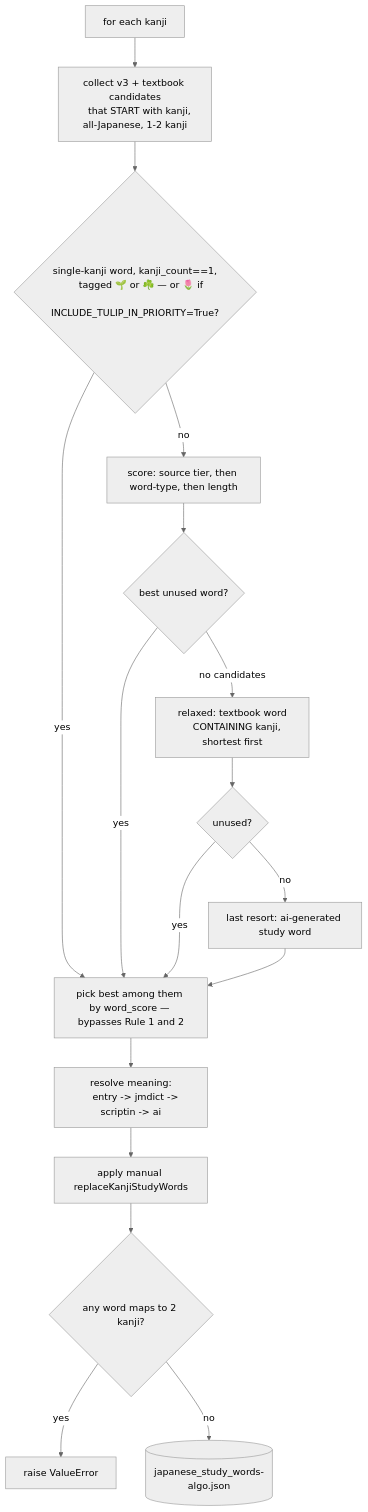
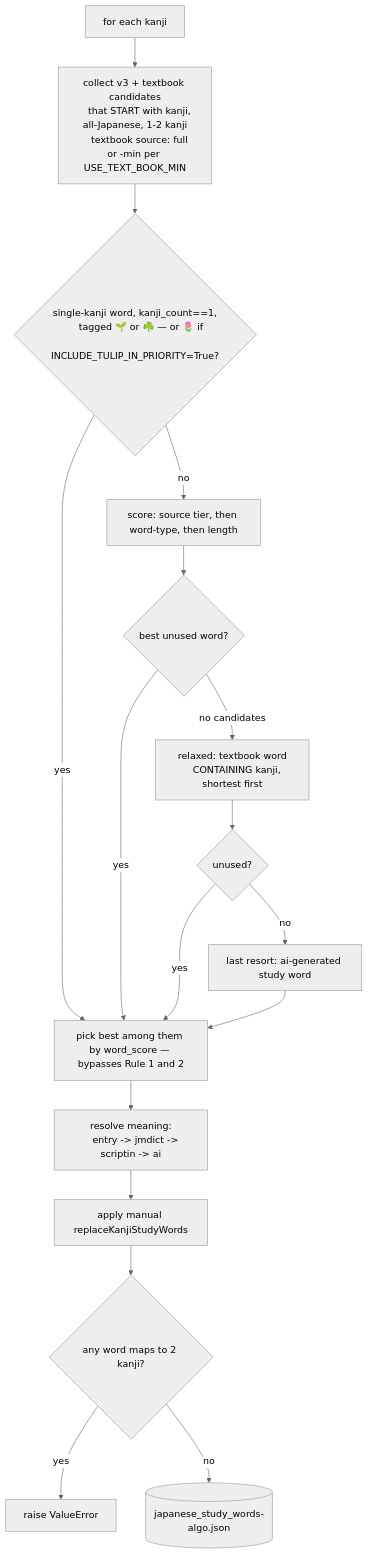
The fourth of 8 diagrams in notes/flowchart.md (PikaPikaGems/kanji-heatmap-data), drawn with Mermaid (neutral theme) before and after one commit. The commit also changed other lines of this file and 4 other files, not shown here.

````diff
--- a/notes/flowchart.md
+++ b/notes/flowchart.md
@@ -199,24 +201,25 @@
 ```mermaid
 flowchart TD
     K[for each kanji] --> C[collect v3 + textbook candidates
-    that START with kanji, all-Japanese, 1-2 kanji]
+    that START with kanji, all-Japanese, 1-2 kanji
+    textbook source: full or -min per USE_TEXT_BOOK_MIN]
     C --> SR{single-kanji word, kanji_count==1,
     tagged 🌱 or ☘️ — or 🌷 if
     INCLUDE_TULIP_IN_PRIORITY=True?}
     SR -- yes --> PICK[pick best among them by word_score — bypasses Rule 1 and 2]
     SR -- no --> SC[score: source tier, then word-type, then length]
     SC --> U{best unused word?}
     U -- yes --> PICK
     U -- no candidates --> FB[relaxed: textbook word
     CONTAINING kanji, shortest first]
     FB --> U2{unused?}
     U2 -- yes --> PICK
     U2 -- no --> AI[last resort: ai-generated study word]
     AI --> PICK
     PICK --> MEAN[resolve meaning:
     entry -> jmdict -> scriptin -> ai]
     MEAN --> MAN[apply manual replaceKanjiStudyWords]
     MAN --> DUP{any word maps to 2 kanji?}
     DUP -- yes --> ERR[raise ValueError]
     DUP -- no --> OUT[(japanese_study_words-algo.json)]
 ```
````
